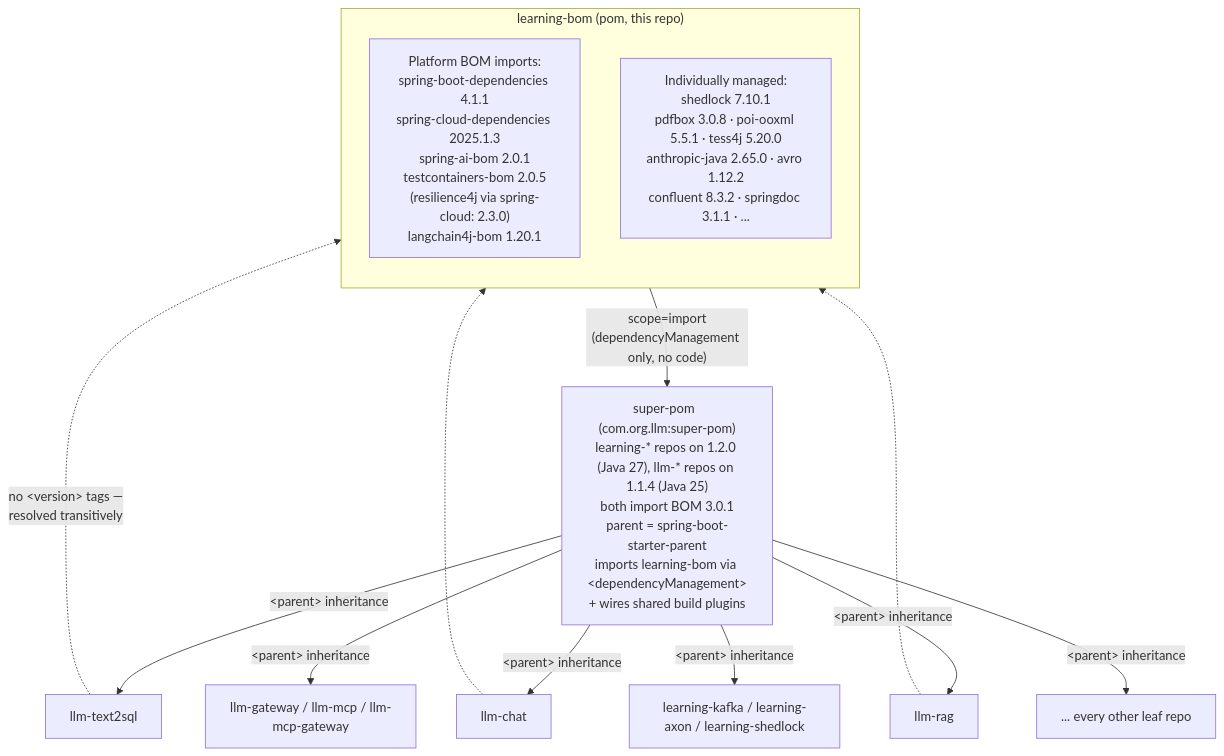
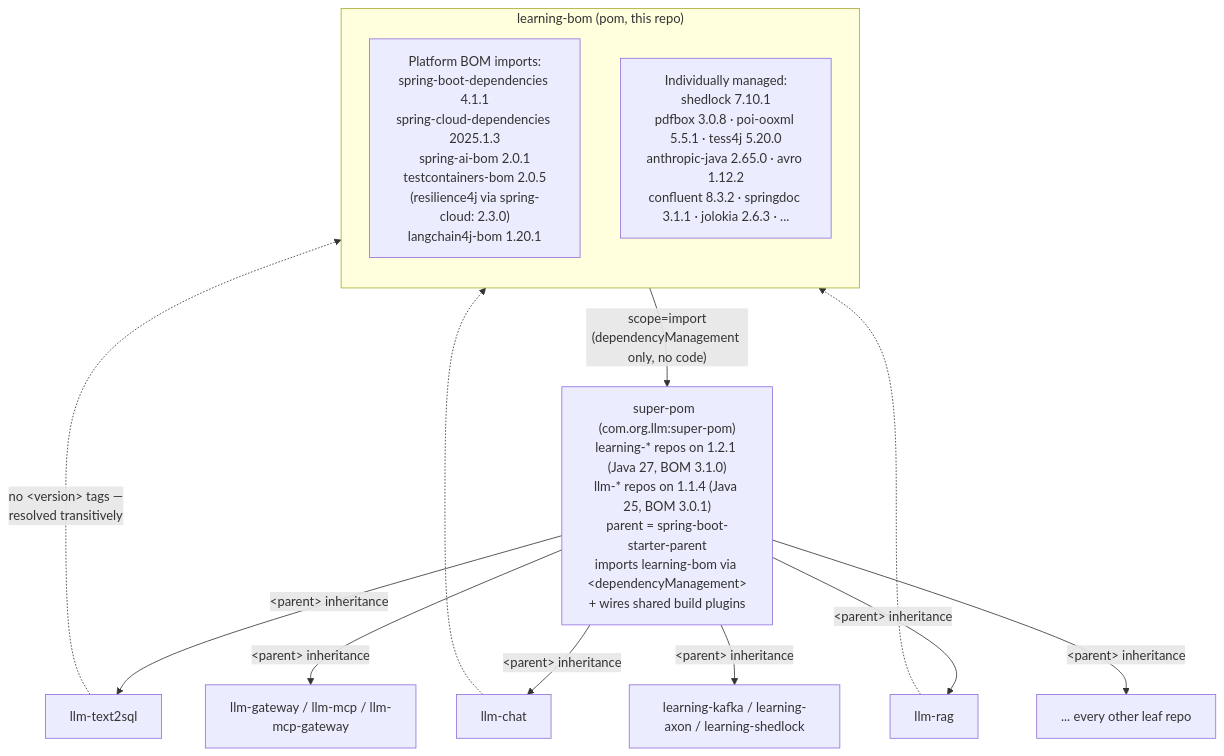
Before and after one commit to himnay/learning-bom: the first of 2 diagrams in README.md, drawn with Mermaid. The commit also changed other lines of this file and 1 other file, not shown here.

First line of the commit message:
Release learning-bom 3.1.0: Jolokia 2.6.3

````diff
--- a/README.md
+++ b/README.md
@@ -267,23 +274,23 @@
 ```mermaid
 flowchart TD
     subgraph BOM["learning-bom  (pom, this repo)"]
         direction TB
         A1["Platform BOM imports:<br/>spring-boot-dependencies 4.1.1<br/>spring-cloud-dependencies 2025.1.3<br/>spring-ai-bom 2.0.1<br/>testcontainers-bom 2.0.5<br/>(resilience4j via spring-cloud: 2.3.0)<br/>langchain4j-bom 1.20.1"]
-        A2["Individually managed:<br/>shedlock 7.10.1<br/>pdfbox 3.0.8 · poi-ooxml 5.5.1 · tess4j 5.20.0<br/>anthropic-java 2.65.0 · avro 1.12.2<br/>confluent 8.3.2 · springdoc 3.1.1 · ..."]
+        A2["Individually managed:<br/>shedlock 7.10.1<br/>pdfbox 3.0.8 · poi-ooxml 5.5.1 · tess4j 5.20.0<br/>anthropic-java 2.65.0 · avro 1.12.2<br/>confluent 8.3.2 · springdoc 3.1.1 · jolokia 2.6.3 · ..."]
     end
 
-    SP["super-pom  (com.org.llm:super-pom)<br/>learning-* repos on 1.2.0 (Java 27), llm-* repos on 1.1.4 (Java 25)<br/>both import BOM 3.0.1<br/>parent = spring-boot-starter-parent<br/>imports learning-bom via &lt;dependencyManagement&gt;<br/>+ wires shared build plugins"]
+    SP["super-pom  (com.org.llm:super-pom)<br/>learning-* repos on 1.2.1 (Java 27, BOM 3.1.0)<br/>llm-* repos on 1.1.4 (Java 25, BOM 3.0.1)<br/>parent = spring-boot-starter-parent<br/>imports learning-bom via &lt;dependencyManagement&gt;<br/>+ wires shared build plugins"]
 
     BOM -- "scope=import<br/>(dependencyManagement only, no code)" --> SP
 
     SP -- "&lt;parent&gt; inheritance" --> L1["llm-text2sql"]
     SP -- "&lt;parent&gt; inheritance" --> L2["llm-chat"]
     SP -- "&lt;parent&gt; inheritance" --> L3["llm-rag"]
     SP -- "&lt;parent&gt; inheritance" --> L4["llm-gateway / llm-mcp / llm-mcp-gateway"]
     SP -- "&lt;parent&gt; inheritance" --> L5["learning-kafka / learning-axon / learning-shedlock"]
     SP -- "&lt;parent&gt; inheritance" --> L6["... every other leaf repo"]
 
     L1 -.->|"no &lt;version&gt; tags —<br/>resolved transitively"| BOM
     L2 -.-> BOM
     L3 -.-> BOM
 ```
````
